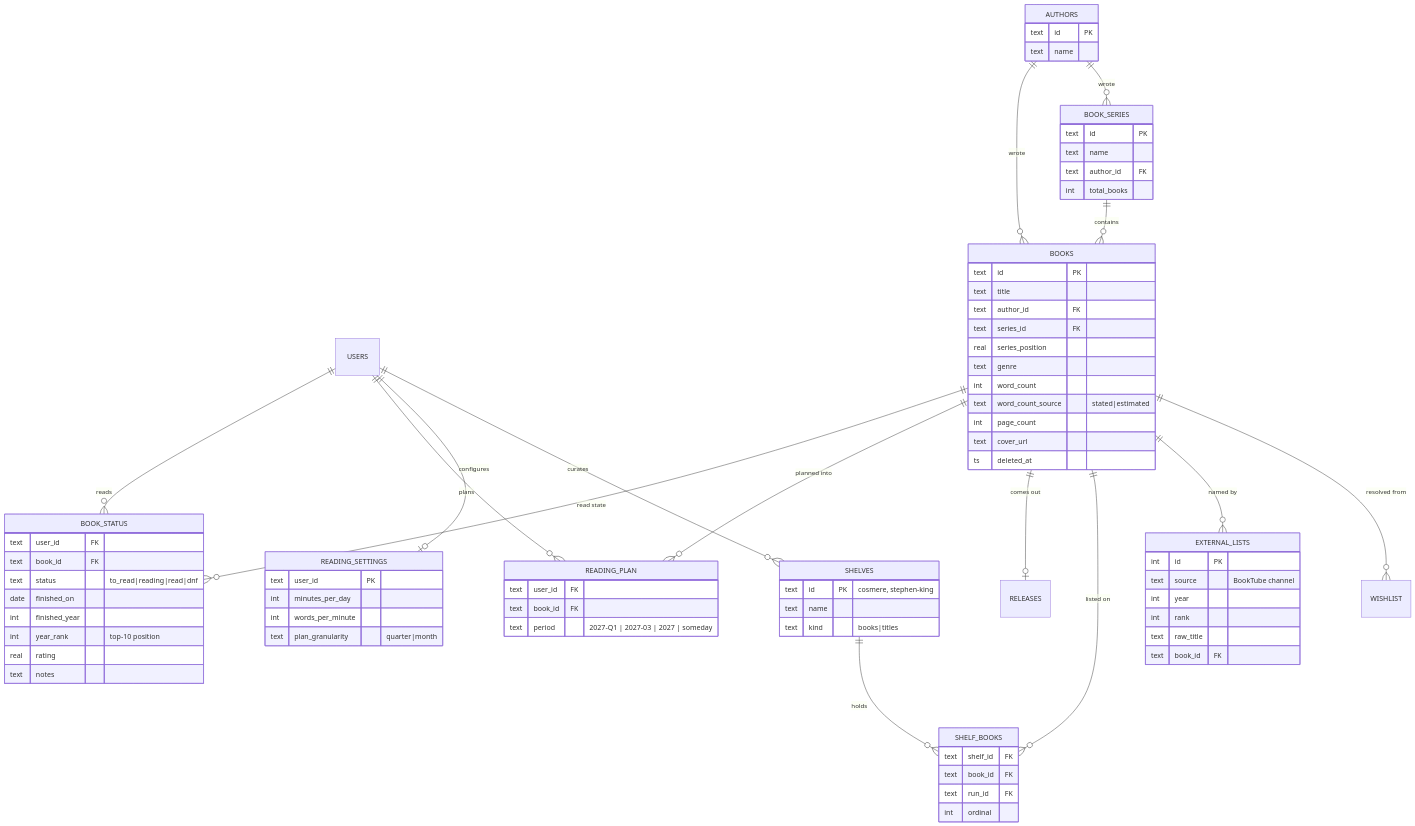
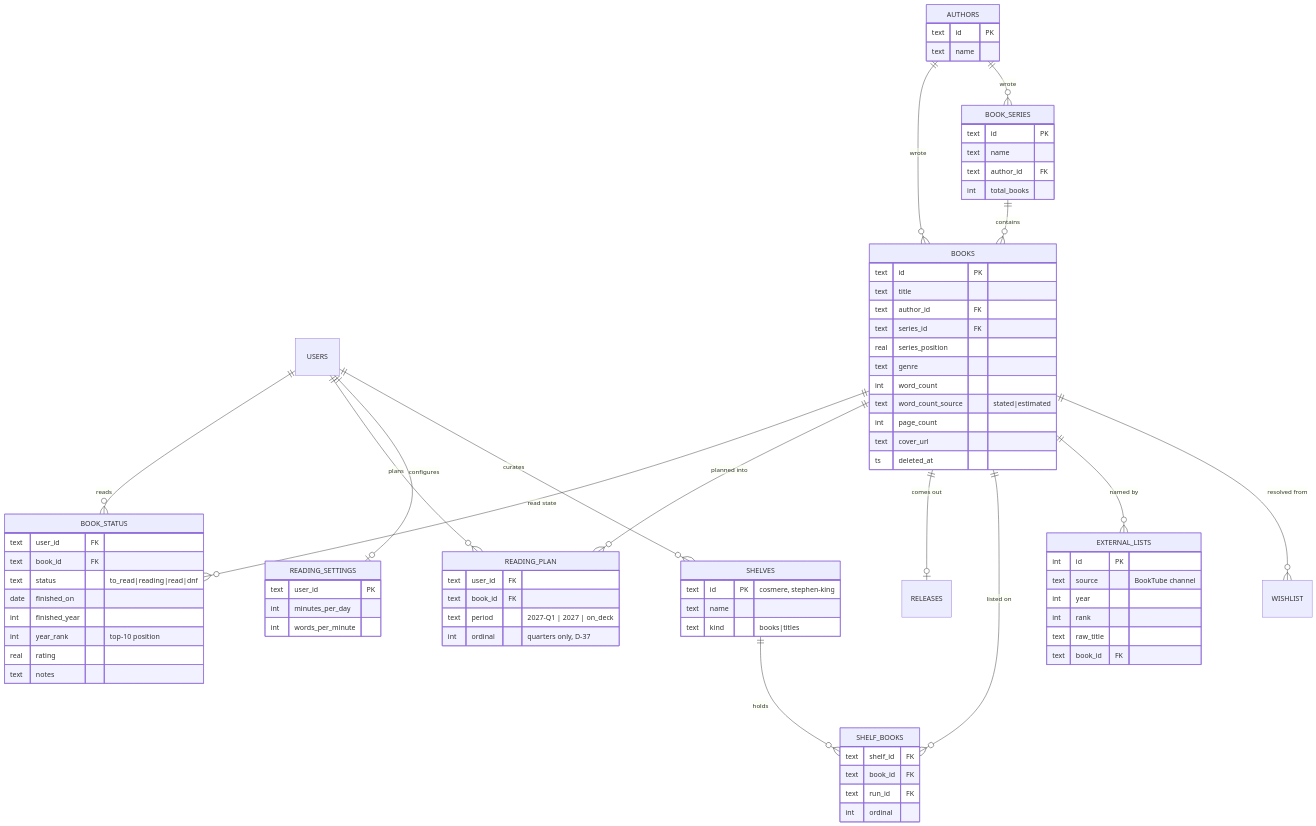
The second of 14 diagrams in docs/DIAGRAMS.md (jtillmanio/ledger), drawn with Mermaid before and after one commit. The commit also changed other lines of this file and 16 other files, not shown here.

````diff
--- a/docs/DIAGRAMS.md
+++ b/docs/DIAGRAMS.md
@@ -138,82 +138,82 @@
 ```mermaid
 erDiagram
     USERS ||--o{ BOOK_STATUS : reads
     USERS ||--o{ READING_PLAN : plans
     USERS ||--o| READING_SETTINGS : configures
     USERS ||--o{ SHELVES : curates
 
     AUTHORS     ||--o{ BOOKS : wrote
     AUTHORS     ||--o{ BOOK_SERIES : wrote
     BOOK_SERIES ||--o{ BOOKS : contains
     BOOKS       ||--o{ BOOK_STATUS : "read state"
     BOOKS       ||--o{ READING_PLAN : "planned into"
     BOOKS       ||--o| RELEASES : "comes out"
     BOOKS       ||--o{ SHELF_BOOKS : "listed on"
     SHELVES     ||--o{ SHELF_BOOKS : holds
     BOOKS       ||--o{ EXTERNAL_LISTS : "named by"
     BOOKS       ||--o{ WISHLIST : "resolved from"
 
     READING_SETTINGS {
         text user_id PK
         int  minutes_per_day
         int  words_per_minute
-        text plan_granularity "quarter|month"
     }
     AUTHORS {
         text id PK
         text name
     }
     BOOK_SERIES {
         text id PK
         text name
         text author_id FK
         int  total_books
     }
     BOOKS {
         text id PK
         text title
         text author_id FK
         text series_id FK
         real series_position
         text genre
         int  word_count
         text word_count_source "stated|estimated"
         int  page_count
         text cover_url
         ts   deleted_at
     }
     BOOK_STATUS {
         text user_id FK
         text book_id FK
         text status "to_read|reading|read|dnf"
         date finished_on
         int  finished_year
         int  year_rank "top-10 position"
         real rating
         text notes
     }
     READING_PLAN {
         text user_id FK
         text book_id FK
-        text period "2027-Q1 | 2027-03 | 2027 | someday"
+        text period "2027-Q1 | 2027 | on_deck"
+        int  ordinal "quarters only, D-37"
     }
     SHELVES {
         text id PK "cosmere, stephen-king"
         text name
         text kind "books|titles"
     }
     SHELF_BOOKS {
         text shelf_id FK
         text book_id FK
         text run_id FK
         int  ordinal
     }
     EXTERNAL_LISTS {
         int  id PK
         text source "BookTube channel"
         int  year
         int  rank
         text raw_title
         text book_id FK
     }
 ```
````
